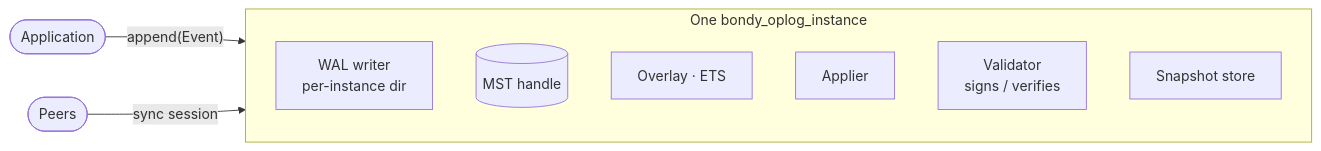
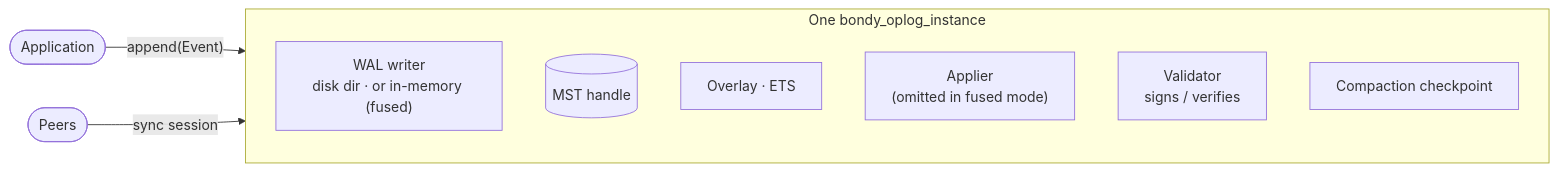
Before and after one commit to bondy-io/bondy_mst: the first of 9 diagrams in doc_extras/architecture/01_bondy_oplog.md, drawn with Mermaid. The commit also changed other lines of this file and 38 other files, not shown here.

Commit message:
add new CRDTs and document new architecture

````diff
--- a/doc_extras/architecture/01_bondy_oplog.md
+++ b/doc_extras/architecture/01_bondy_oplog.md
@@ -25,14 +25,14 @@
 ```mermaid
 flowchart LR
     subgraph INSTANCE[One bondy_oplog_instance]
-        WAL["WAL writer<br/>per-instance dir"]
+        WAL["WAL writer<br/>disk dir · or in-memory (fused)"]
         MST[("MST handle")]
         OV["Overlay · ETS"]
-        APP[Applier]
+        APP["Applier<br/>(omitted in fused mode)"]
         VAL["Validator<br/>signs / verifies"]
-        SNAP[Snapshot store]
+        CKPT[Compaction checkpoint]
     end
 
     User(["Application"]) -- "append(Event)" --> INSTANCE
     Peers(["Peers"]) -- "sync session" --> INSTANCE
 ```
````
